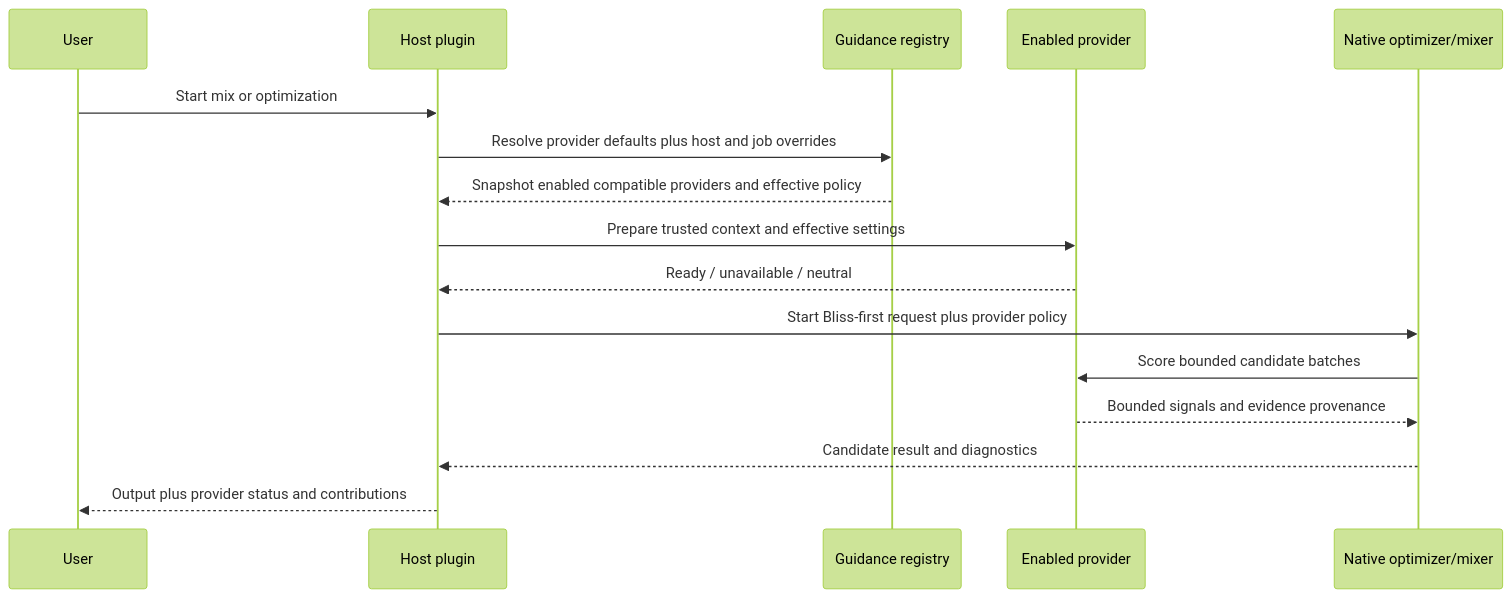
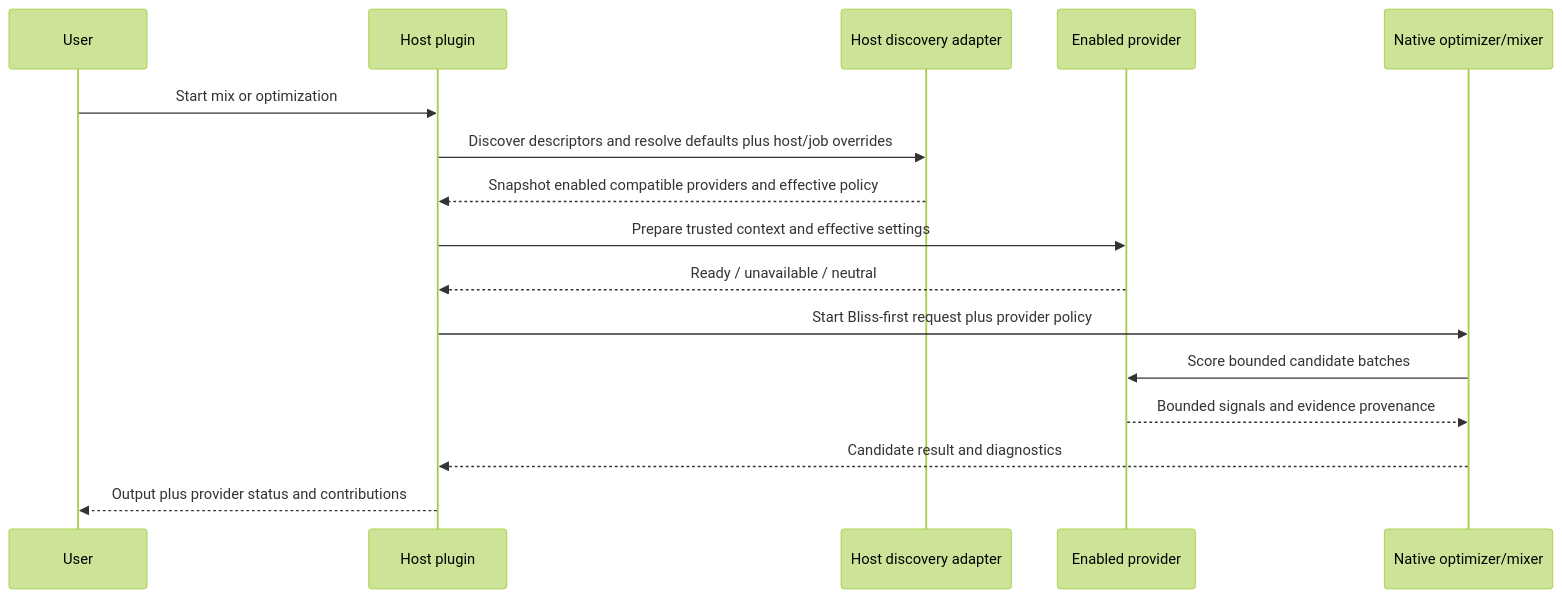
One commit to chrober/bliss-similarity-design changed the third of 3 diagrams in docs/superpowers/specs/2026-09-26-lyrion-guidance-provider-discovery-design.md. Above: the diagram before and after it, drawn with Mermaid (forest theme). The commit also changed other lines of this file, not shown here.

Commit message:
docs: use host-pull guidance discovery

````diff
--- a/docs/superpowers/specs/2026-09-26-lyrion-guidance-provider-discovery-design.md
+++ b/docs/superpowers/specs/2026-09-26-lyrion-guidance-provider-discovery-design.md
@@ -328,19 +332,19 @@
 ```mermaid
 sequenceDiagram
   participant U as User
   participant H as Host plugin
-  participant R as Guidance registry
+  participant D as Host discovery adapter
   participant P as Enabled provider
   participant N as Native optimizer/mixer
 
   U->>H: Start mix or optimization
-  H->>R: Resolve provider defaults plus host and job overrides
-  R-->>H: Snapshot enabled compatible providers and effective policy
+  H->>D: Discover descriptors and resolve defaults plus host/job overrides
+  D-->>H: Snapshot enabled compatible providers and effective policy
   H->>P: Prepare trusted context and effective settings
   P-->>H: Ready / unavailable / neutral
   H->>N: Start Bliss-first request plus provider policy
   N->>P: Score bounded candidate batches
   P-->>N: Bounded signals and evidence provenance
   N-->>H: Candidate result and diagnostics
   H-->>U: Output plus provider status and contributions
 ```
````
